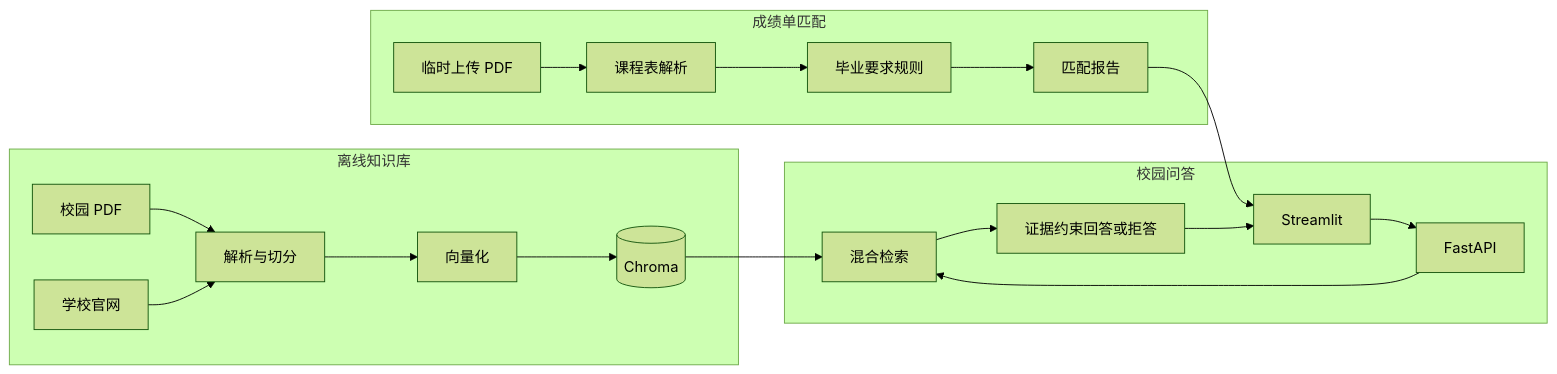
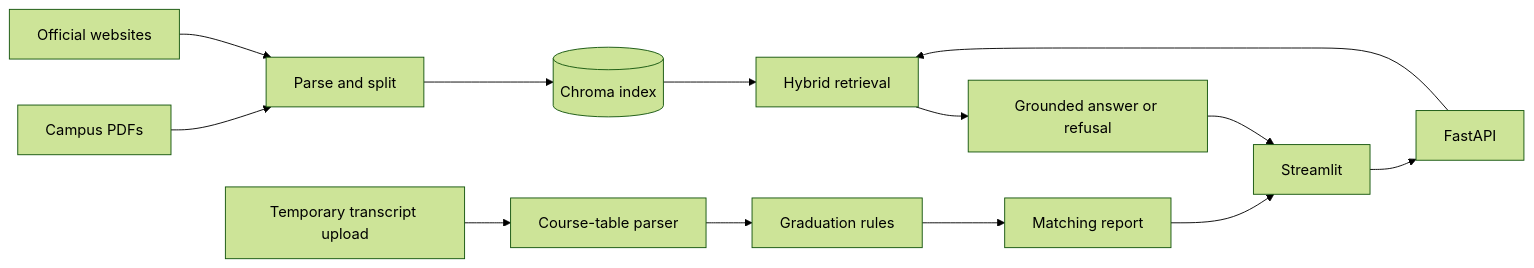
The diagram in README.md (Shen-Xiaodan/campus-assistant), drawn with Mermaid (forest theme) before and after one commit. The commit also changed other lines of this file, not shown here.

````diff
--- a/README.md
+++ b/README.md
@@ -43,24 +41,15 @@
 ```mermaid
 flowchart LR
-    subgraph ingestion[离线知识库]
-        PDF[校园 PDF] --> Parse[解析与切分]
-        Web[学校官网] --> Parse
-        Parse --> Embed[向量化]
-        Embed --> Chroma[(Chroma)]
-    end
-
-    subgraph qa[校园问答]
-        UI[Streamlit] --> API[FastAPI]
-        API --> Retrieve[混合检索]
-        Chroma --> Retrieve
-        Retrieve --> Answer[证据约束回答或拒答]
-        Answer --> UI
-    end
-
-    subgraph transcript[成绩单匹配]
-        Upload[临时上传 PDF] --> Extract[课程表解析]
-        Extract --> Rules[毕业要求规则]
-        Rules --> Report[匹配报告]
-        Report --> UI
-    end
+    PDF[Campus PDFs] --> Parse[Parse and split]
+    Web[Official websites] --> Parse
+    Parse --> Chroma[(Chroma index)]
+    UI[Streamlit] --> API[FastAPI]
+    API --> Retrieve[Hybrid retrieval]
+    Chroma --> Retrieve
+    Retrieve --> Answer[Grounded answer or refusal]
+    Answer --> UI
+    Upload[Temporary transcript upload] --> Extract[Course-table parser]
+    Extract --> Rules[Graduation rules]
+    Rules --> Report[Matching report]
+    Report --> UI
 ```
````
